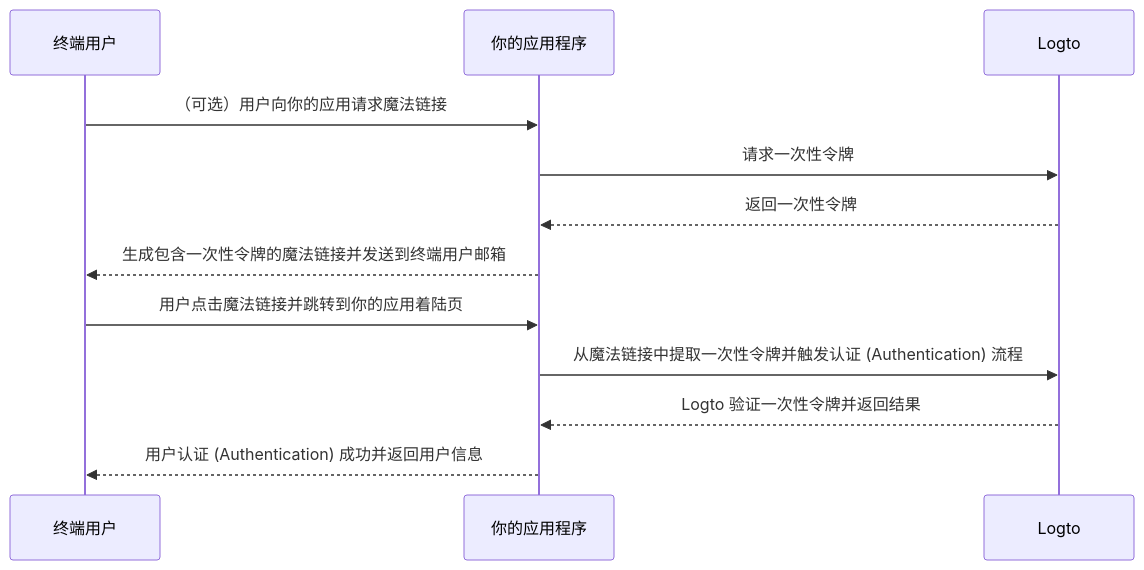
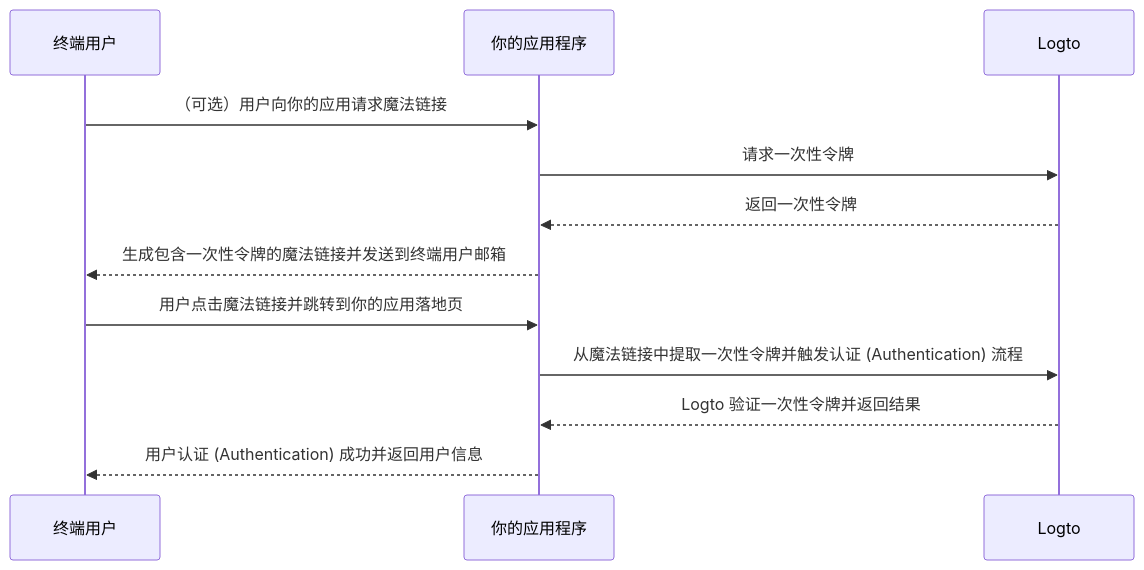
One commit to logto-io/docs changed the diagram in i18n/zh-CN/docusaurus-plugin-content-docs/current/end-user-flows/one-time-token.mdx. Above: the diagram before and after it, drawn with Mermaid. The commit also changed other lines of this file and 26 other files, not shown here.

````diff
--- a/i18n/zh-CN/docusaurus-plugin-content-docs/current/end-user-flows/one-time-token.mdx
+++ b/i18n/zh-CN/docusaurus-plugin-content-docs/current/end-user-flows/one-time-token.mdx
@@ -38,15 +38,15 @@
 ```mermaid
 sequenceDiagram
   participant U as 终端用户
   participant C as 你的应用程序
   participant L as Logto
 
   U ->> C: （可选）用户向你的应用请求魔法链接
   C ->> L: 请求一次性令牌
   L -->> C: 返回一次性令牌
   C -->> U: 生成包含一次性令牌的魔法链接并发送到终端用户邮箱
-  U ->> C: 用户点击魔法链接并跳转到你的应用着陆页
+  U ->> C: 用户点击魔法链接并跳转到你的应用落地页
   C ->> L: 从魔法链接中提取一次性令牌并触发认证 (Authentication) 流程
   L -->> C: Logto 验证一次性令牌并返回结果
   C -->> U: 用户认证 (Authentication) 成功并返回用户信息
 ```
````
